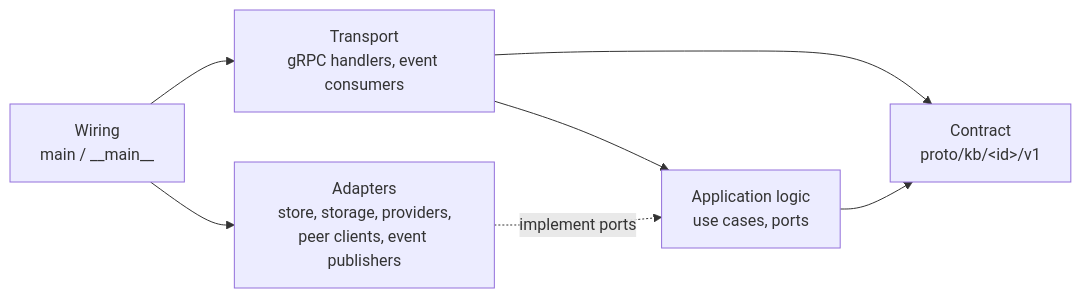
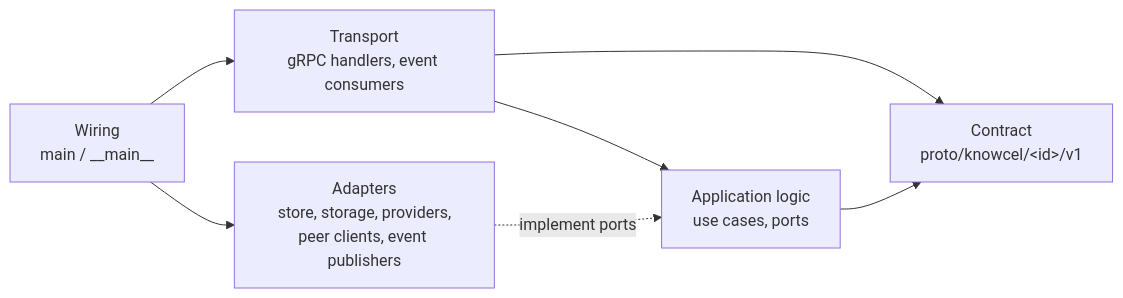
One commit to ChristophBe/kb changed the diagram in docs/architecture/module.md. Above: the diagram before and after it, drawn with Mermaid. The commit also changed other lines of this file and 273 other files, not shown here.

First line of the commit message:
refactor!: rename proto packages and the Go module to knowcel

````diff
--- a/docs/architecture/module.md
+++ b/docs/architecture/module.md
@@ -9,15 +9,15 @@
 ```mermaid
 flowchart LR
-    contract["Contract<br/>proto/kb/&lt;id&gt;/v1"]
+    contract["Contract<br/>proto/knowcel/&lt;id&gt;/v1"]
     transport["Transport<br/>gRPC handlers, event consumers"]
     app["Application logic<br/>use cases, ports"]
     adapters["Adapters<br/>store, storage, providers,<br/>peer clients, event publishers"]
     wiring["Wiring<br/>main / __main__"]
 
     transport --> contract
     transport --> app
     app --> contract
     adapters -. implement ports .-> app
     wiring --> transport
     wiring --> adapters
 ```
````
